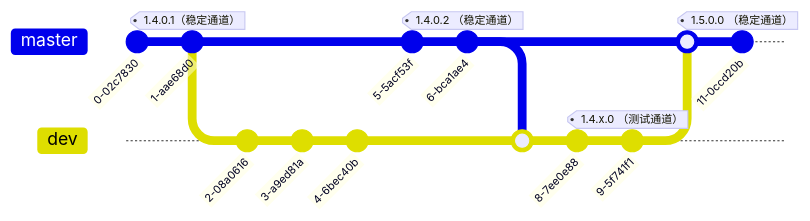
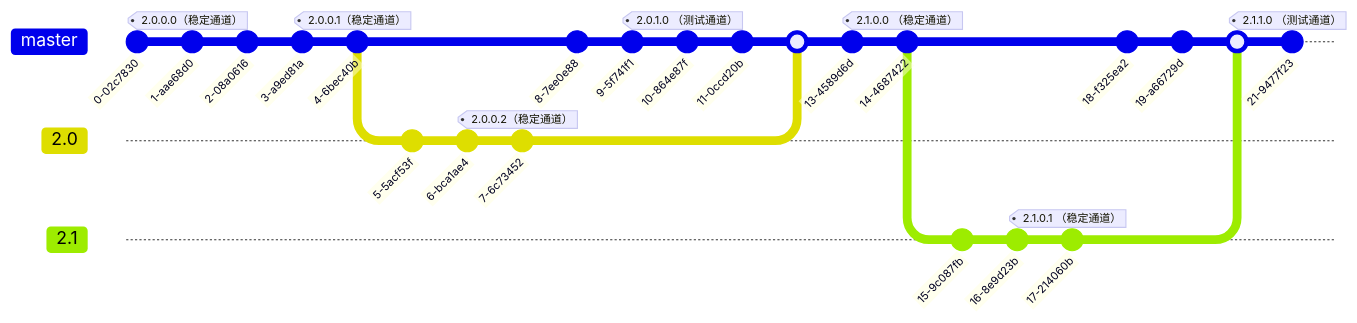
Before and after one commit to ClassIsland/ClassIsland: the second of 2 diagrams in CONTRIBUTING.md, drawn with Mermaid. The commit also changed other lines of this file, not shown here. Commit ids are hidden.

Commit message:
doc: 更新分支规则

````diff
--- a/CONTRIBUTING.md
+++ b/CONTRIBUTING.md
@@ -80,20 +80,30 @@
 ```mermaid
 %%{init: {'gitGraph': {'showBranches': true, 'showCommitLabel':true,'mainBranchName': 'master'}} }%%
 gitGraph
     commit
-    commit tag: "1.4.0.1（稳定通道）"
-    branch dev
+    commit tag: "2.0.0.0（稳定通道）"
     commit
     commit
+    commit tag: "2.0.0.1（稳定通道）"
+    branch 2.0
     commit
+    commit
+    commit tag: "2.0.0.2（稳定通道）"
     checkout master
     commit
-    commit tag: "1.4.0.2 （稳定通道）"
-    checkout dev
-    merge master
     commit
-    commit tag: "1.4.x.0 （测试通道）"
+    commit tag: "2.0.1.0 （测试通道）"
+    commit
+    merge 2.0
+    commit
+    commit tag: "2.1.0.0 （稳定通道）"
+    branch 2.1
+    commit
+    commit
+    commit tag: "2.1.0.1 （稳定通道）"
     checkout master
-    merge dev
-    commit tag: "1.5.0.0 （稳定通道）"
+    commit
+    commit
+    merge 2.1
+    commit tag: "2.1.1.0 （测试通道）"
 ```
````
